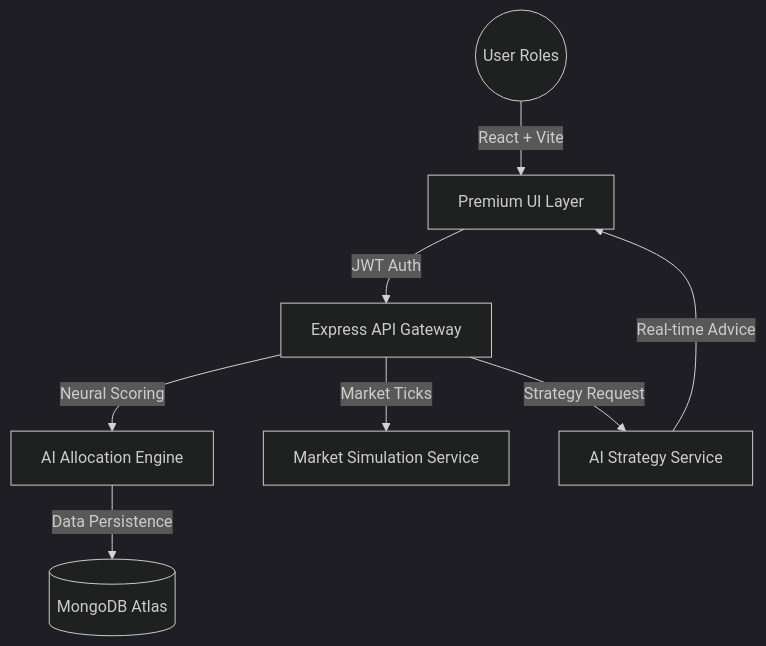
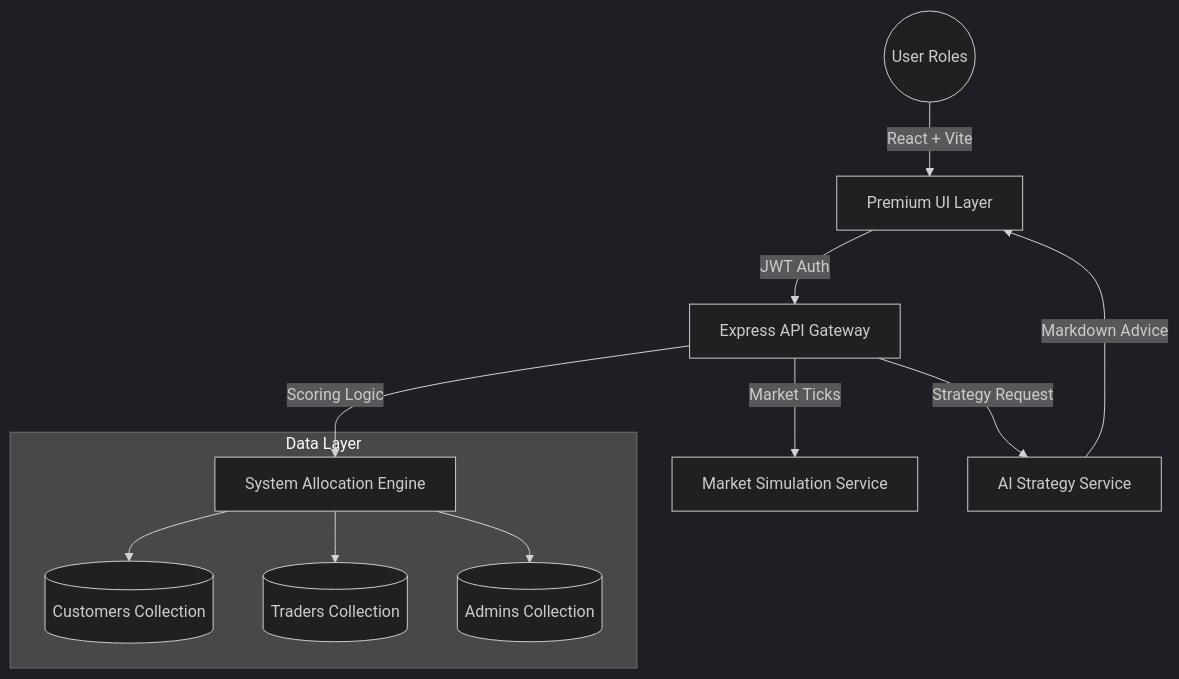
The diagram in README.md (chirag07p/AI_TRADINGBackend), drawn with Mermaid (dark theme) before and after one commit. The commit also changed other lines of this file and 1 other file, not shown here.

Commit message:
docs: update project README to reflect system architecture changes and rebranding to System Engine

````diff
--- a/README.md
+++ b/README.md
@@ -9,10 +9,16 @@
 ```mermaid
 graph TD
     User((User Roles)) --> |React + Vite| UI[Premium UI Layer]
     UI --> |JWT Auth| API[Express API Gateway]
-    API --> |Neural Scoring| AE[AI Allocation Engine]
+    API --> |Scoring Logic| AE[System Allocation Engine]
     API --> |Market Ticks| MS[Market Simulation Service]
-    AE --> |Data Persistence| DB[(MongoDB Atlas)]
+    
+    subgraph Data Layer
+        AE --> DB_C[(Customers Collection)]
+        AE --> DB_T[(Traders Collection)]
+        AE --> DB_A[(Admins Collection)]
+    end
+    
     API --> |Strategy Request| NV[AI Strategy Service]
-    NV --> |Real-time Advice| UI
+    NV --> |Markdown Advice| UI
 ```
````
